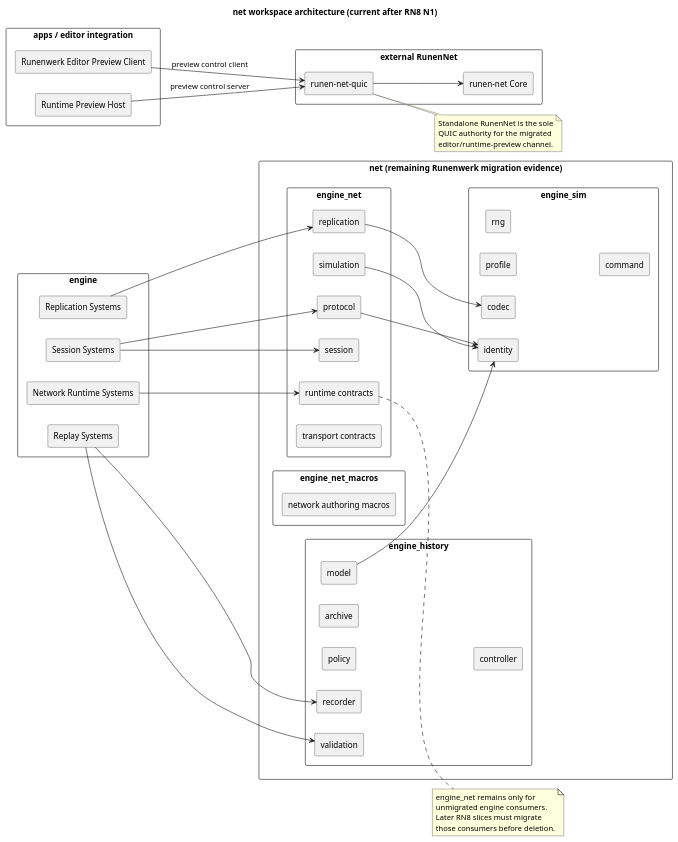
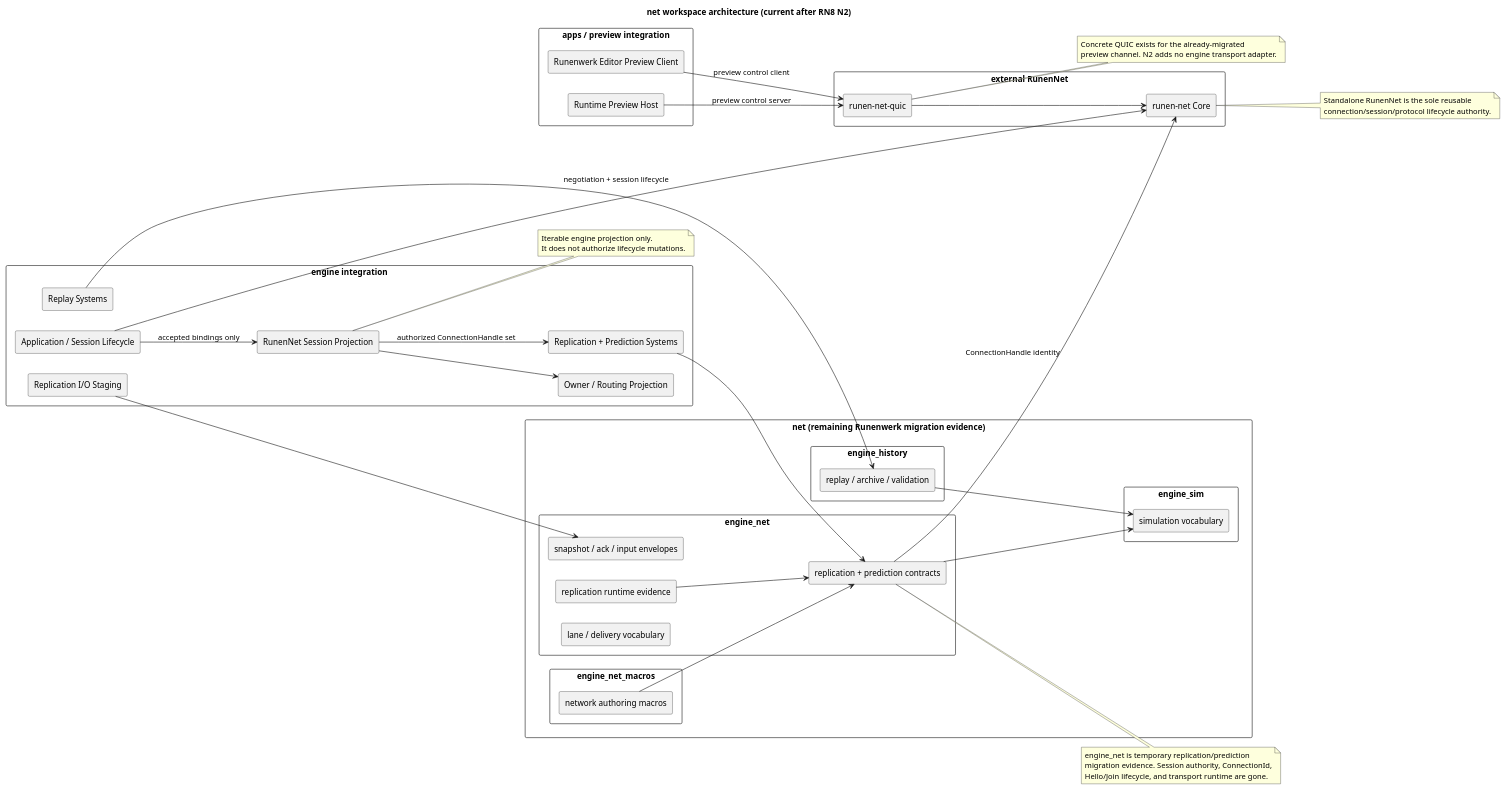
The diagram in net/architecture.puml (dornglut/runenwerk), drawn with PlantUML before and after one commit.

Commit message:
RN8 N2: update current networking architecture diagram

```diff
--- a/net/architecture.puml
+++ b/net/architecture.puml
@@ -1,86 +1,87 @@
 @startuml
-title net workspace architecture (current after RN8 N1)
+title net workspace architecture (current after RN8 N2)
 
 skinparam componentStyle rectangle
 skinparam packageStyle rectangle
 left to right direction
 
-package "apps / editor integration" {
+package "apps / preview integration" {
   [Runenwerk Editor Preview Client] as preview_client
   [Runtime Preview Host] as preview_host
 }
 
-package "engine" {
-  [Network Runtime Systems] as engine_runtime
-  [Replication Systems] as engine_replication
-  [Session Systems] as engine_session
+package "engine integration" {
+  [Application / Session Lifecycle] as engine_session
+  [RunenNet Session Projection] as session_projection
+  [Owner / Routing Projection] as owner_routing
+  [Replication + Prediction Systems] as engine_replication
+  [Replication I/O Staging] as engine_io
   [Replay Systems] as engine_replay
 }
 
 package "external RunenNet" {
   [runen-net Core] as runennet_core
   [runen-net-quic] as runennet_quic
 }
 
 package "net (remaining Runenwerk migration evidence)" {
   package "engine_sim" {
-    [profile] as sim_profile
-    [identity] as sim_identity
-    [rng] as sim_rng
-    [command] as sim_command
-    [codec] as sim_codec
+    [simulation vocabulary] as sim
   }
 
   package "engine_net" {
-    [protocol] as net_protocol
-    [session] as net_session
-    [replication] as net_replication
-    [runtime contracts] as net_runtime
-    [simulation] as net_simulation
-    [transport contracts] as net_transport
+    [snapshot / ack / input envelopes] as net_protocol
+    [replication + prediction contracts] as net_replication
+    [replication runtime evidence] as net_runtime
+    [lane / delivery vocabulary] as net_transport
   }
 
   package "engine_net_macros" {
     [network authoring macros] as net_macros
   }
 
   package "engine_history" {
-    [model] as history_model
-    [policy] as history_policy
-    [archive] as history_archive
-    [recorder] as history_recorder
-    [controller] as history_controller
-    [validation] as history_validation
+    [replay / archive / validation] as history
   }
 }
 
 preview_client --> runennet_quic : preview control client
 preview_host --> runennet_quic : preview control server
 runennet_quic --> runennet_core
 
-engine_runtime --> net_runtime
+engine_session --> runennet_core : negotiation + session lifecycle
+engine_session --> session_projection : accepted bindings only
+session_projection --> owner_routing
+session_projection --> engine_replication : authorized ConnectionHandle set
 engine_replication --> net_replication
-engine_session --> net_protocol
-engine_session --> net_session
-engine_replay --> history_recorder
-engine_replay --> history_validation
+engine_io --> net_protocol
+engine_replay --> history
 
-net_protocol --> sim_identity
-net_simulation --> sim_identity
-net_replication --> sim_codec
-history_model --> sim_identity
+net_replication --> runennet_core : ConnectionHandle identity
+net_runtime --> net_replication
+net_replication --> sim
+history --> sim
+net_macros --> net_replication
+
+note right of runennet_core
+Standalone RunenNet is the sole reusable
+connection/session/protocol lifecycle authority.
+end note
+
+note right of session_projection
+Iterable engine projection only.
+It does not authorize lifecycle mutations.
+end note
+
+note right of net_replication
+engine_net is temporary replication/prediction
+migration evidence. Session authority, ConnectionId,
+Hello/Join lifecycle, and transport runtime are gone.
+end note
 
 note right of runennet_quic
-Standalone RunenNet is the sole
-QUIC authority for the migrated
-editor/runtime-preview channel.
-end note
-
-note right of net_runtime
-engine_net remains only for
-unmigrated engine consumers.
-Later RN8 slices must migrate
-those consumers before deletion.
+Concrete QUIC exists for the already-migrated
+preview channel. N2 adds no engine transport adapter.
 end note
 
 @enduml
```
